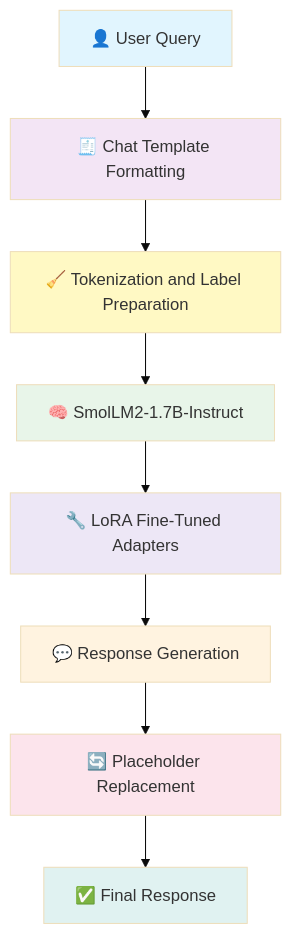
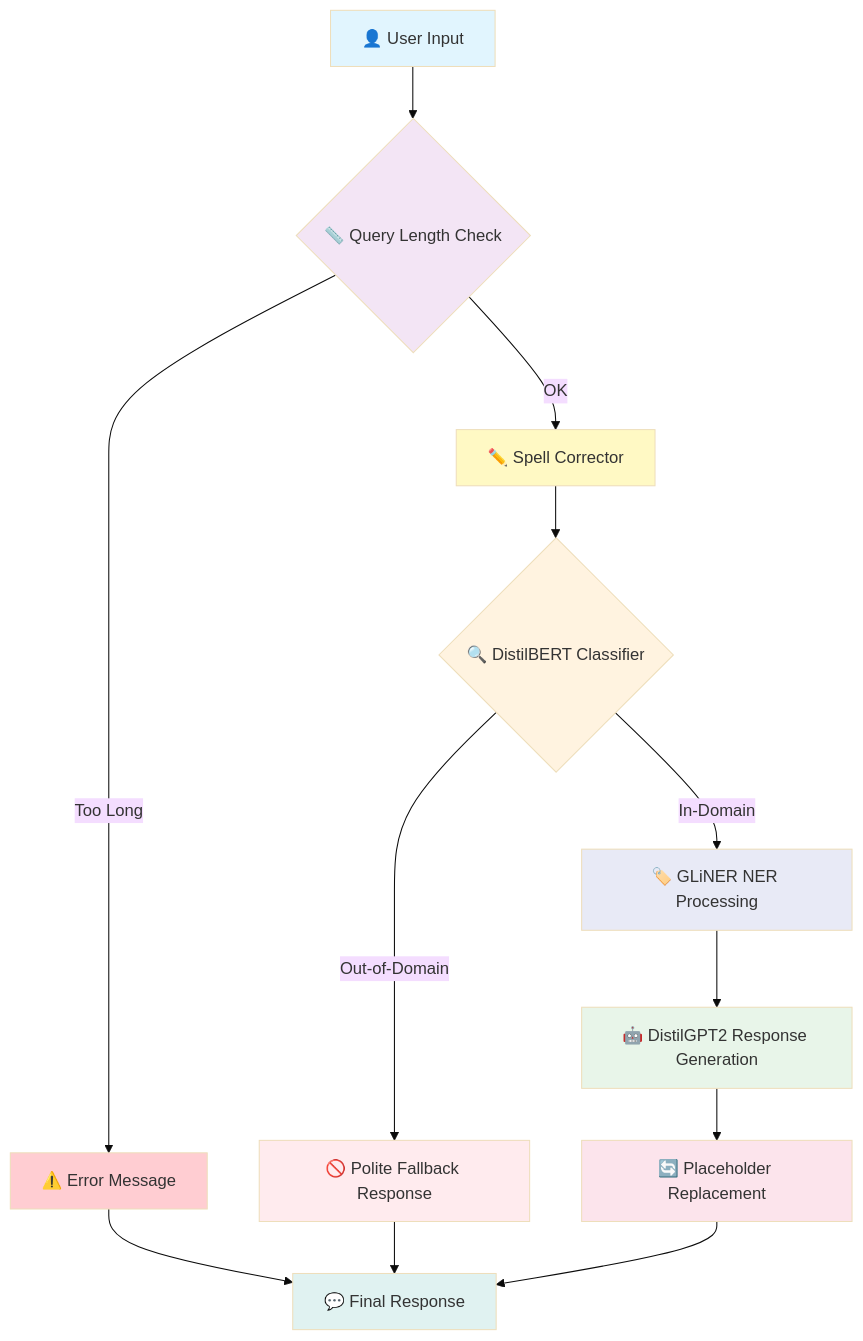
The diagram in README.md (JustToTryModels/hfsmollm2), drawn with Mermaid (base theme) before and after one commit. The commit also changed other lines of this file, not shown here.

````diff
--- a/README.md
+++ b/README.md
@@ -125,19 +114,25 @@
 ```mermaid
 graph TB
-    A[👤 User Query] --> B[🧾 Chat Template Formatting]
-    B --> C[🧹 Tokenization and Label Preparation]
-    C --> D[🧠 SmolLM2-1.7B-Instruct]
-    D --> E[🔧 LoRA Fine-Tuned Adapters]
-    E --> F[💬 Response Generation]
-    F --> G[🔄 Placeholder Replacement]
-    G --> H[✅ Final Response]
-
+    A[👤 User Input] --> B{📏 Query Length Check}
+    B -->|Too Long| C[⚠️ Error Message]
+    B -->|OK| D[✏️ Spell Corrector]
+    D --> E{🔍 DistilBERT Classifier}
+    E -->|Out-of-Domain| F[🚫 Polite Fallback Response]
+    E -->|In-Domain| G[🏷️ GLiNER NER Processing]
+    G --> H[🤖 DistilGPT2 Response Generation]
+    H --> I[🔄 Placeholder Replacement]
+    I --> J[💬 Final Response]
+    C --> J
+    F --> J
+    
     style A fill:#e1f5fe
     style B fill:#f3e5f5
-    style C fill:#fff9c4
-    style D fill:#e8f5e9
-    style E fill:#ede7f6
-    style F fill:#fff3e0
-    style G fill:#fce4ec
-    style H fill:#e0f2f1
+    style C fill:#ffcdd2
+    style D fill:#fff9c4
+    style E fill:#fff3e0
+    style F fill:#ffebee
+    style G fill:#e8eaf6
+    style H fill:#e8f5e9
+    style I fill:#fce4ec
+    style J fill:#e0f2f1
 ```
````
